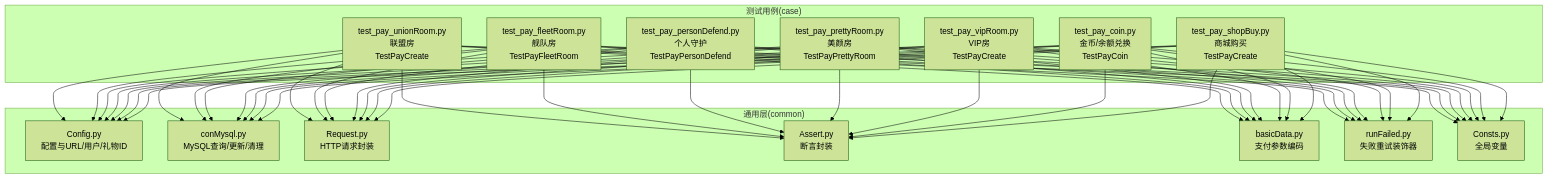
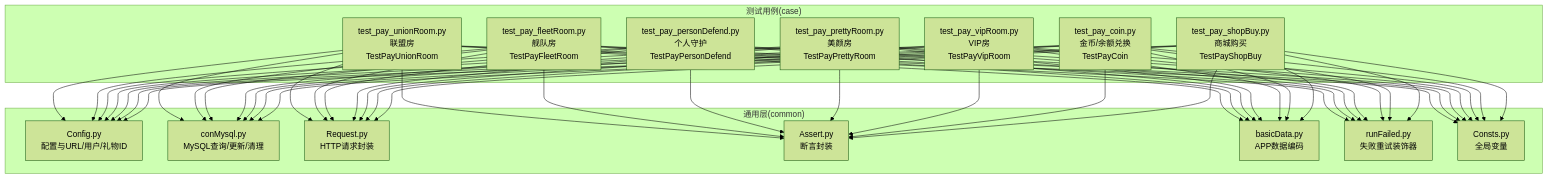
One commit to liximing1-ola/qa-payTest changed the first of 8 diagrams in .qoder/repowiki/zh/content/支付测试用例/房间支付测试/房间支付测试.md. Above: the diagram before and after it, drawn with Mermaid (forest theme). The commit also changed other lines of this file and 6 other files, not shown here.

````diff
--- a/.qoder/repowiki/zh/content/支付测试用例/房间支付测试/房间支付测试.md
+++ b/.qoder/repowiki/zh/content/支付测试用例/房间支付测试/房间支付测试.md
@@ -59,70 +61,70 @@
 ```mermaid
 graph TB
 subgraph "通用层(common)"
 CFG["Config.py<br/>配置与URL/用户/礼物ID"]
 DB["conMysql.py<br/>MySQL查询/更新/清理"]
 REQ["Request.py<br/>HTTP请求封装"]
 ASS["Assert.py<br/>断言封装"]
-BASIC["basicData.py<br/>支付参数编码"]
+BASIC["basicData.py<br/>APP数据编码"]
 RUN["runFailed.py<br/>失败重试装饰器"]
 CONST["Consts.py<br/>全局变量"]
 end
 subgraph "测试用例(case)"
-U["test_pay_unionRoom.py<br/>联盟房<br/>TestPayCreate"]
+U["test_pay_unionRoom.py<br/>联盟房<br/>TestPayUnionRoom"]
 F["test_pay_fleetRoom.py<br/>舰队房<br/>TestPayFleetRoom"]
 D["test_pay_personDefend.py<br/>个人守护<br/>TestPayPersonDefend"]
 P["test_pay_prettyRoom.py<br/>美颜房<br/>TestPayPrettyRoom"]
-V["test_pay_vipRoom.py<br/>VIP房<br/>TestPayCreate"]
+V["test_pay_vipRoom.py<br/>VIP房<br/>TestPayVipRoom"]
 C["test_pay_coin.py<br/>金币/余额兑换<br/>TestPayCoin"]
-S["test_pay_shopBuy.py<br/>商城购买<br/>TestPayCreate"]
+S["test_pay_shopBuy.py<br/>商城购买<br/>TestPayShopBuy"]
 end
 U --> CFG
 F --> CFG
 D --> CFG
 P --> CFG
 V --> CFG
 C --> CFG
 S --> CFG
 U --> DB
 F --> DB
 D --> DB
 P --> DB
 V --> DB
 C --> DB
 S --> DB
 U --> REQ
 F --> REQ
 D --> REQ
 P --> REQ
 V --> REQ
 C --> REQ
 S --> REQ
 U --> ASS
 F --> ASS
 D --> ASS
 P --> ASS
 V --> ASS
 C --> ASS
 S --> ASS
 U --> BASIC
 F --> BASIC
 D --> BASIC
 P --> BASIC
 V --> BASIC
 C --> BASIC
 S --> BASIC
 U --> RUN
 F --> RUN
 D --> RUN
 P --> RUN
 V --> RUN
 C --> RUN
 S --> RUN
 U --> CONST
 F --> CONST
 D --> CONST
 P --> CONST
 V --> CONST
 C --> CONST
 S --> CONST
 ```
````
